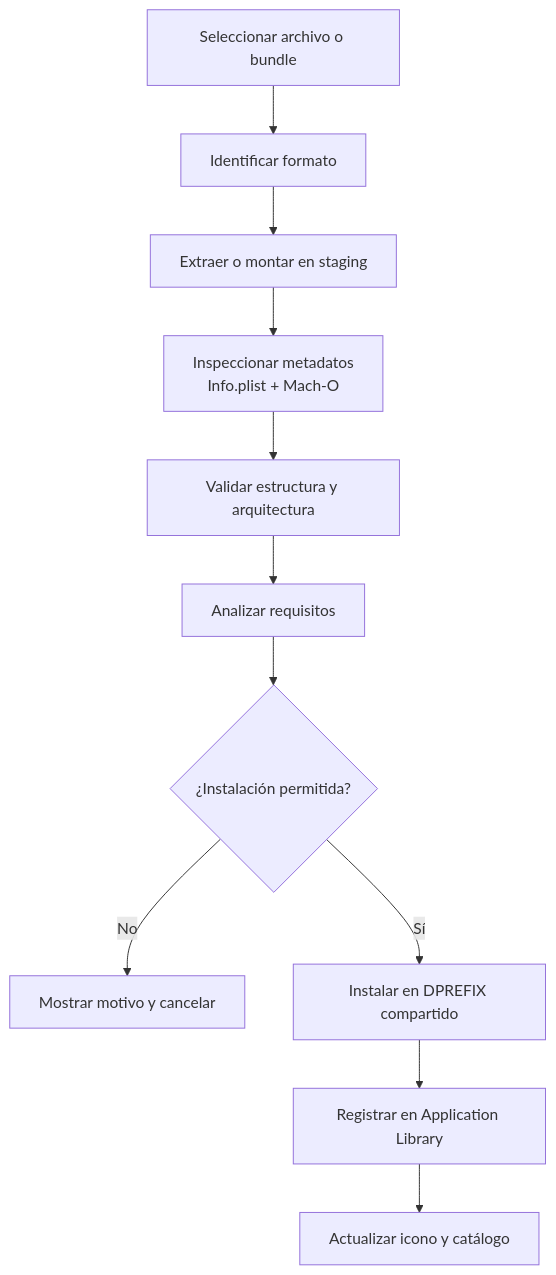
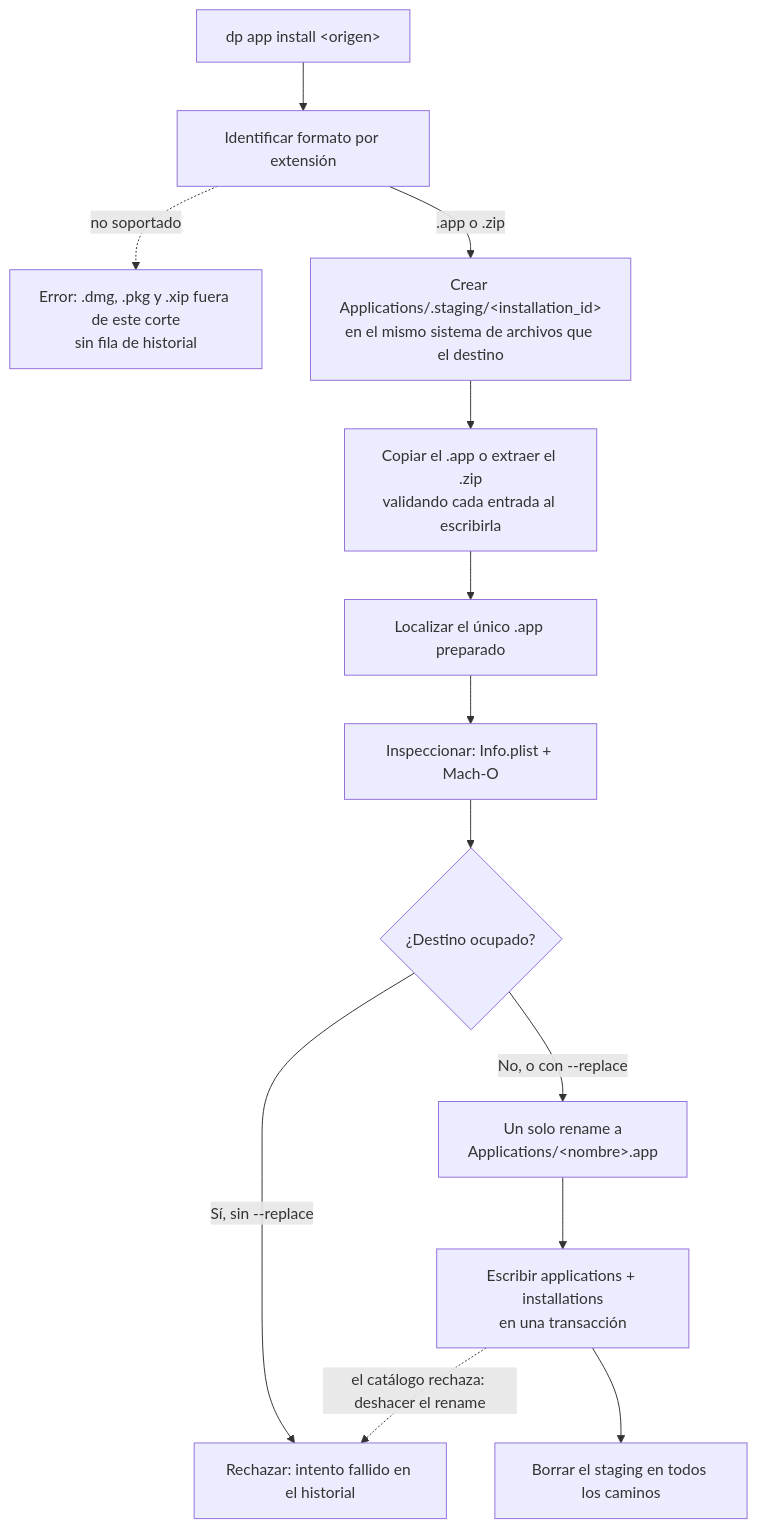
The first of 4 diagrams in docs/architecture/data-flow.md (leav-dev/darling_plataform), drawn with Mermaid before and after one commit. The commit also changed other lines of this file and 6 other files, not shown here.

First line of the commit message:
docs(architecture): importación de aplicaciones y ADR-0012

````diff
--- a/docs/architecture/data-flow.md
+++ b/docs/architecture/data-flow.md
@@ -13,13 +18,15 @@
 ```mermaid
 flowchart TD
-    A["Seleccionar archivo o bundle"] --> B["Identificar formato"]
-    B --> C["Extraer o montar en staging"]
-    C --> D["Inspeccionar metadatos<br/>Info.plist + Mach-O"]
-    D --> E["Validar estructura y arquitectura"]
-    E --> F["Analizar requisitos"]
-    F --> G{"¿Instalación permitida?"}
-    G -- "No" --> H["Mostrar motivo y cancelar"]
-    G -- "Sí" --> I["Instalar en DPREFIX compartido"]
-    I --> J["Registrar en Application Library"]
-    J --> K["Actualizar icono y catálogo"]
+    A["dp app install &lt;origen&gt;"] --> B["Identificar formato por extensión"]
+    B -. "no soportado" .-> X["Error: .dmg, .pkg y .xip fuera de este corte<br/>sin fila de historial"]
+    B -- ".app o .zip" --> C["Crear Applications/.staging/&lt;installation_id&gt;<br/>en el mismo sistema de archivos que el destino"]
+    C --> D["Copiar el .app o extraer el .zip<br/>validando cada entrada al escribirla"]
+    D --> E["Localizar el único .app preparado"]
+    E --> F["Inspeccionar: Info.plist + Mach-O"]
+    F --> G{"¿Destino ocupado?"}
+    G -- "Sí, sin --replace" --> H["Rechazar: intento fallido en el historial"]
+    G -- "No, o con --replace" --> I["Un solo rename a<br/>Applications/&lt;nombre&gt;.app"]
+    I --> J["Escribir applications + installations<br/>en una transacción"]
+    J -. "el catálogo rechaza: deshacer el rename" .-> H
+    J --> K["Borrar el staging en todos los caminos"]
 ```
````
